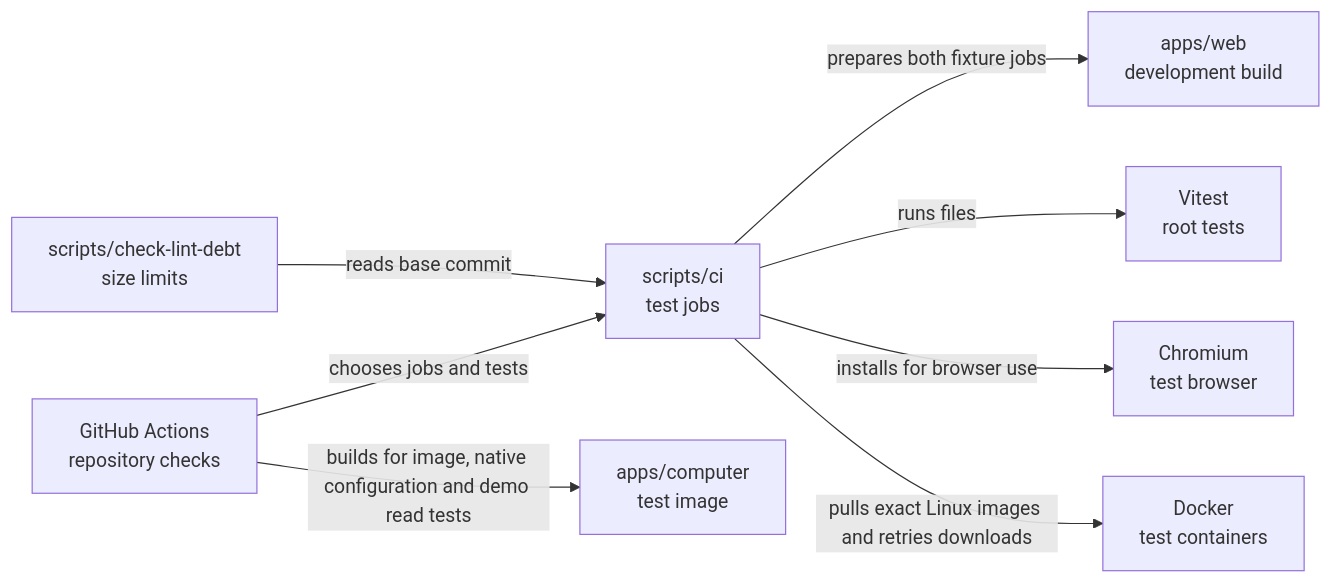
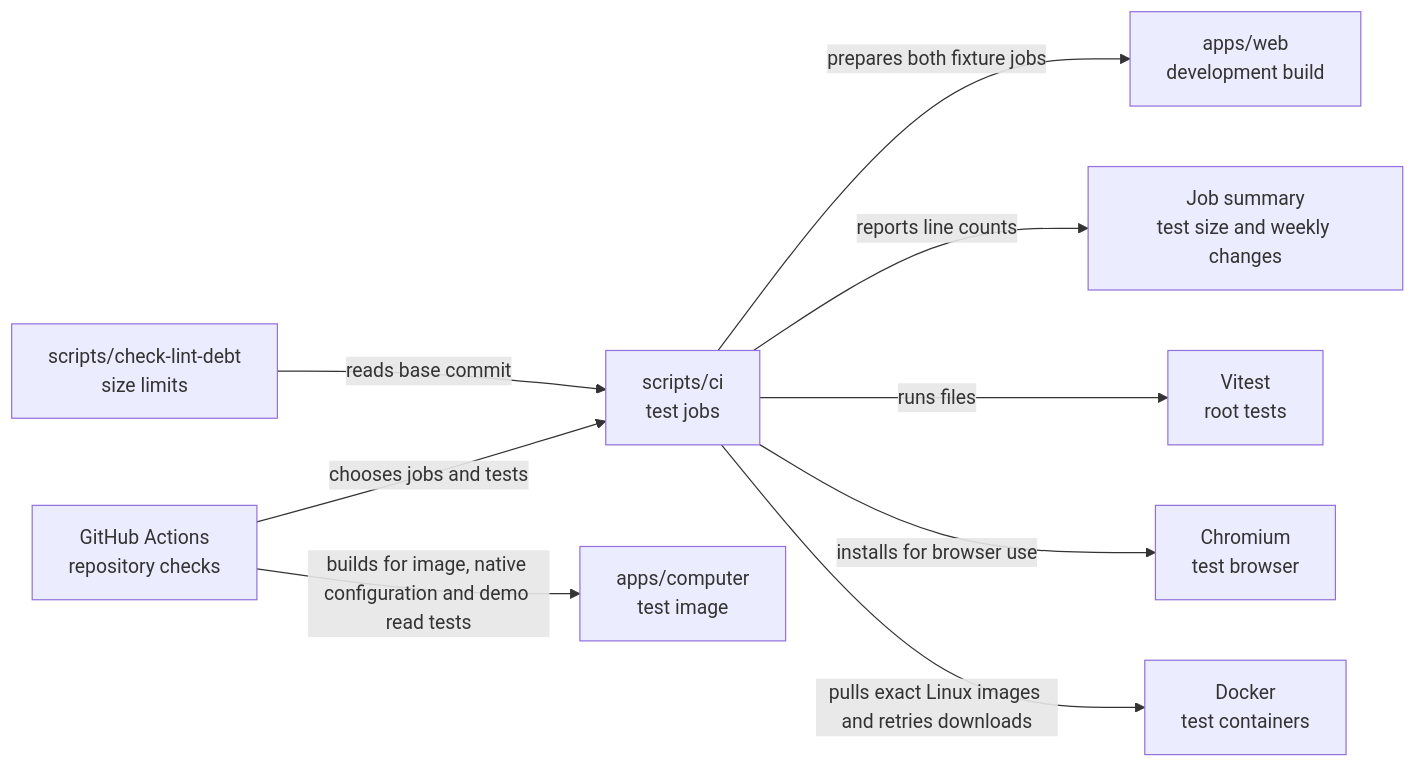
The diagram in scripts/ci/README.md (elewa-git/opencrane-new), drawn with Mermaid before and after one commit. The commit also changed other lines of this file and 8 other files, not shown here.

First line of the commit message:
📏 Report test size and weekly deletions in CI (#1147)

````diff
--- a/scripts/ci/README.md
+++ b/scripts/ci/README.md
@@ -15,10 +15,11 @@
 ```mermaid
 flowchart LR
   actions["GitHub Actions<br/>repository checks"] -->|chooses jobs and tests| ci["scripts/ci<br/>test jobs"]
   ci -->|prepares both fixture jobs| web["apps/web<br/>development build"]
+  ci -->|reports line counts| summary["Job summary<br/>test size and weekly changes"]
   debt["scripts/check-lint-debt<br/>size limits"] -->|reads base commit| ci
   ci -->|runs files| vitest["Vitest<br/>root tests"]
   actions -->|builds for image, native configuration and demo read tests| computer["apps/computer<br/>test image"]
   ci -->|installs for browser use| chromium["Chromium<br/>test browser"]
   ci -->|pulls exact Linux images and retries downloads| docker["Docker<br/>test containers"]
 ```
````
